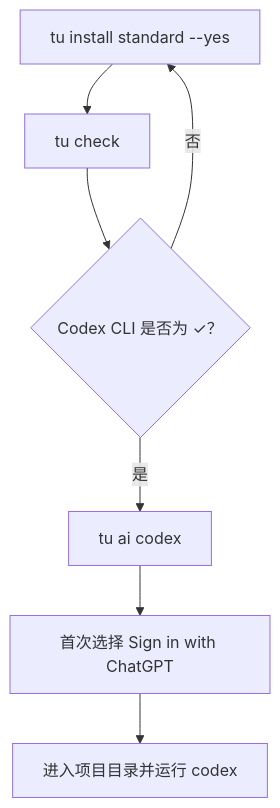
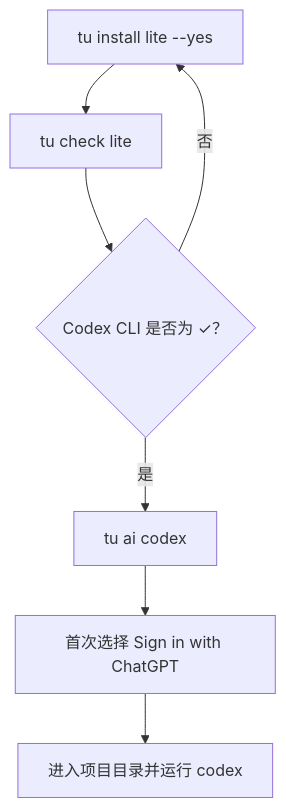
Before and after one commit to cnxutu/tu-devkit: the fourth of 6 diagrams in ai-dev-env-init/docs/overview.md, drawn with Mermaid. The commit also changed other lines of this file and 11 other files, not shown here.

````diff
--- a/ai-dev-env-init/docs/overview.md
+++ b/ai-dev-env-init/docs/overview.md
@@ -135,9 +135,9 @@
 ```mermaid
 flowchart TD
-    A["tu install standard --yes"] --> B["tu check"]
+    A["tu install lite --yes"] --> B["tu check lite"]
     B --> C{"Codex CLI 是否为 ✓？"}
     C -->|"否"| A
     C -->|"是"| D["tu ai codex"]
     D --> E["首次选择 Sign in with ChatGPT"]
     E --> F["进入项目目录并运行 codex"]
 ```
````
